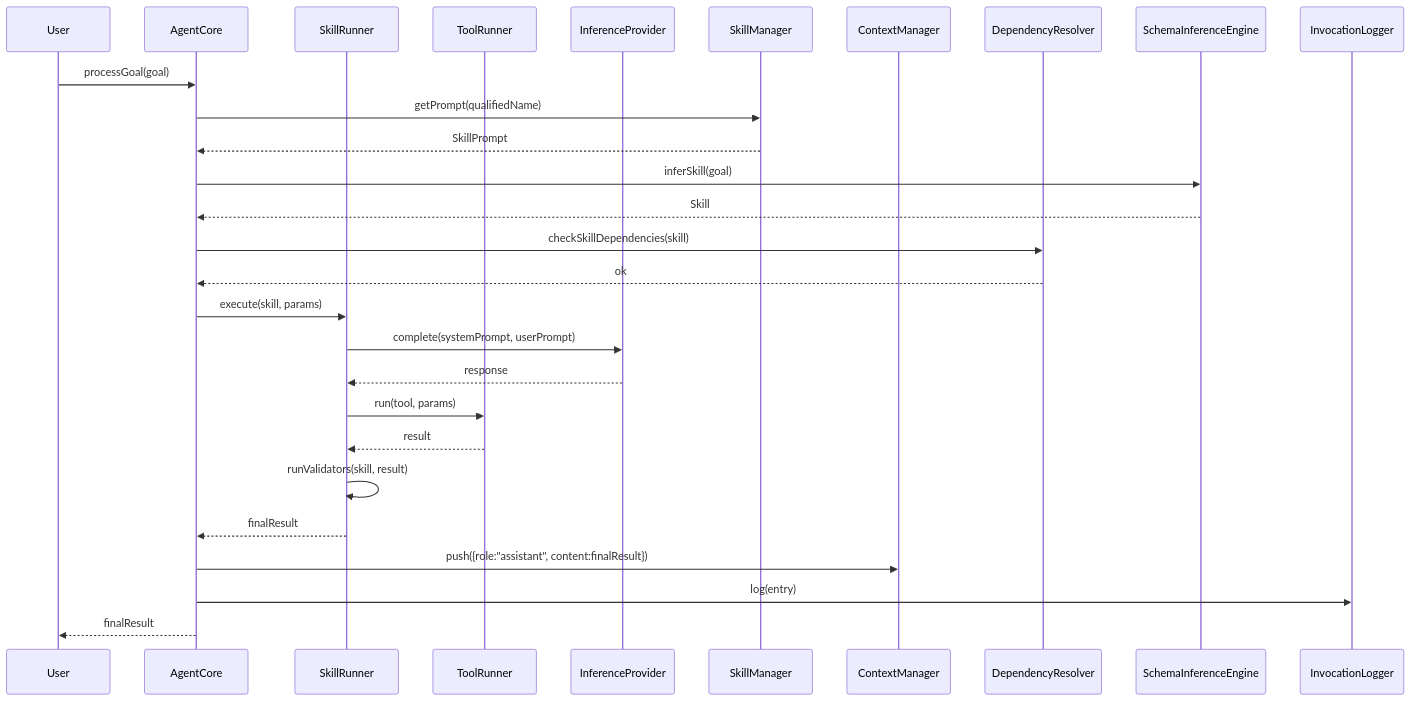
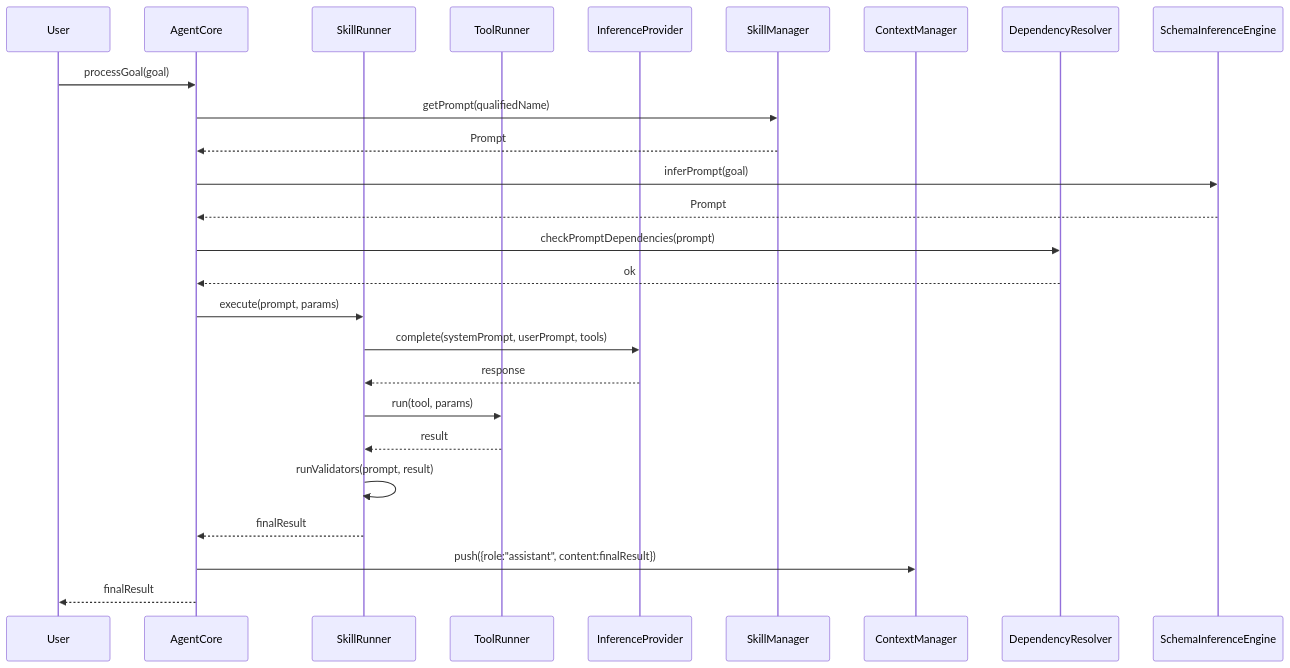
One commit to opensassi/a0 changed the second of 2 diagrams in src/agent_interfaces.spec.md. Above: the diagram before and after it, drawn with Mermaid. The commit also changed other lines of this file and 28 other files, not shown here.

````diff
--- a/src/agent_interfaces.spec.md
+++ b/src/agent_interfaces.spec.md
@@ -384,31 +398,31 @@
 ```mermaid
 sequenceDiagram
     participant User
     participant AC as AgentCore
     participant SR as SkillRunner
     participant TR as ToolRunner
     participant IP as InferenceProvider
     participant SM as SkillManager
     participant CM as ContextManager
     participant DR as DependencyResolver
     participant SIE as SchemaInferenceEngine
-    participant IL as InvocationLogger
+    participant SM as SkillManager
+    participant CM as ContextManager
 
     User->>AC: processGoal(goal)
     AC->>SM: getPrompt(qualifiedName)
-    SM-->>AC: SkillPrompt
-    AC->>SIE: inferSkill(goal)
-    SIE-->>AC: Skill
-    AC->>DR: checkSkillDependencies(skill)
+    SM-->>AC: Prompt
+    AC->>SIE: inferPrompt(goal)
+    SIE-->>AC: Prompt
+    AC->>DR: checkPromptDependencies(prompt)
     DR-->>AC: ok
-    AC->>SR: execute(skill, params)
-    SR->>IP: complete(systemPrompt, userPrompt)
+    AC->>SR: execute(prompt, params)
+    SR->>IP: complete(systemPrompt, userPrompt, tools)
     IP-->>SR: response
     SR->>TR: run(tool, params)
     TR-->>SR: result
-    SR->>SR: runValidators(skill, result)
+    SR->>SR: runValidators(prompt, result)
     SR-->>AC: finalResult
     AC->>CM: push({role:"assistant", content:finalResult})
-    AC->>IL: log(entry)
     AC-->>User: finalResult
 ```
````
